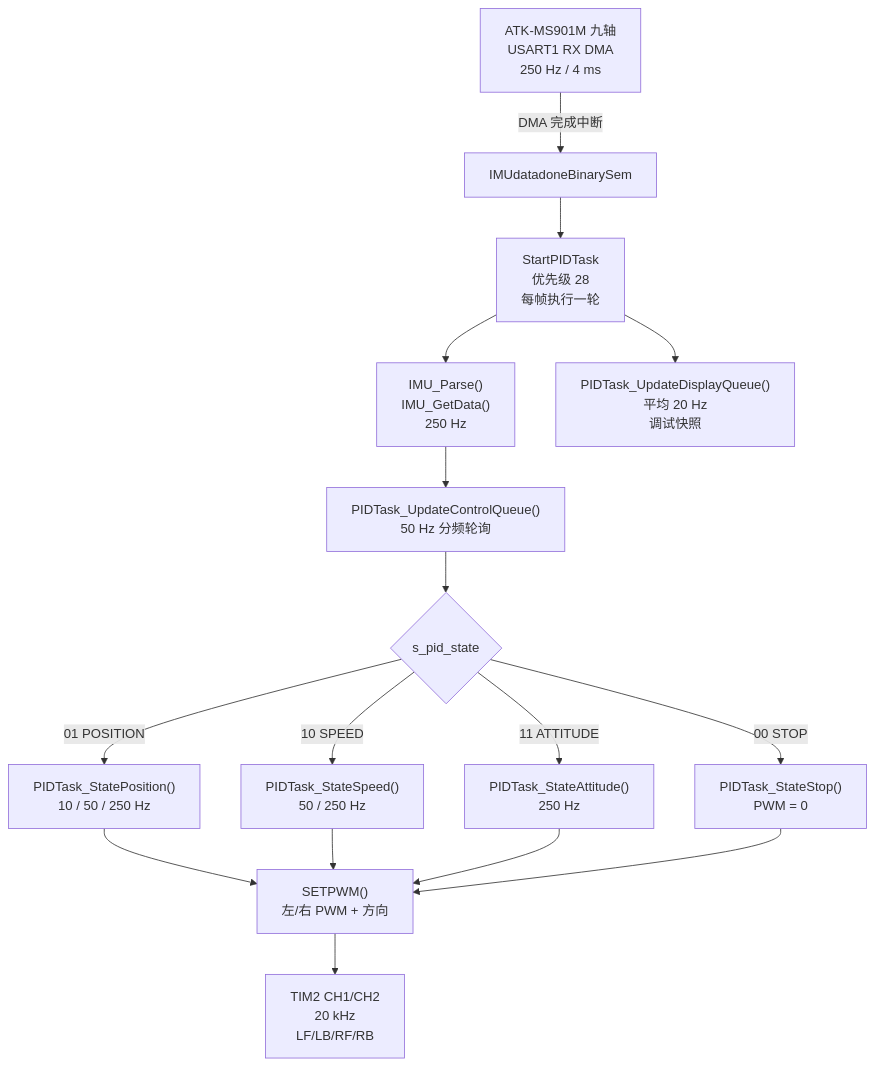
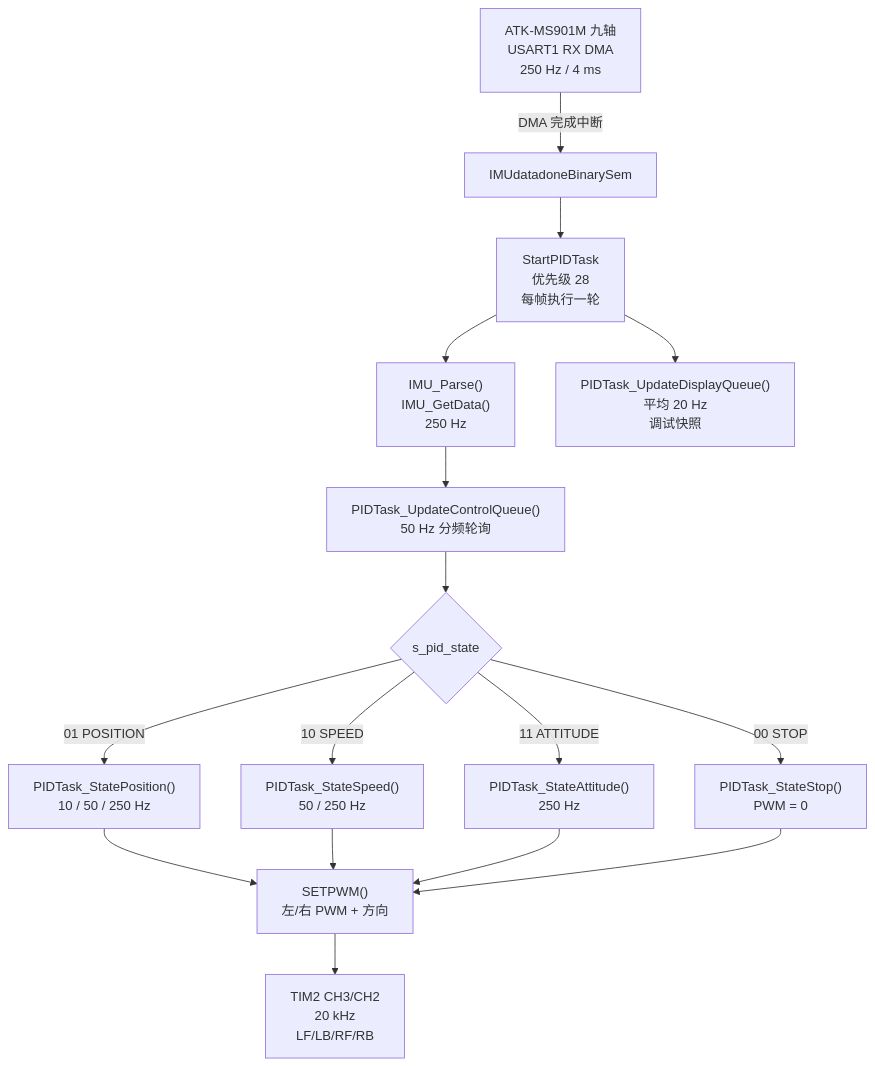
Before and after one commit to zitzengzit-png/CQUelectest2026: the first of 5 diagrams in prj/elet2026/tasks/PID_CONTROL_DIAGRAM.md, drawn with Mermaid. The commit also changed 3 other files, not shown here.

````diff
--- a/prj/elet2026/tasks/PID_CONTROL_DIAGRAM.md
+++ b/prj/elet2026/tasks/PID_CONTROL_DIAGRAM.md
@@ -10,18 +10,18 @@
 ```mermaid
 flowchart TD
     IMU["ATK-MS901M 九轴<br/>USART1 RX DMA<br/>250 Hz / 4 ms"] -->|"DMA 完成中断"| SEM["IMUdatadoneBinarySem"]
     SEM --> PID["StartPIDTask<br/>优先级 28<br/>每帧执行一轮"]
     PID --> PARSE["IMU_Parse()<br/>IMU_GetData()<br/>250 Hz"]
     PARSE --> CQ["PIDTask_UpdateControlQueue()<br/>50 Hz 分频轮询"]
     CQ --> STATE{"s_pid_state"}
     STATE -->|"00 STOP"| STOP["PIDTask_StateStop()<br/>PWM = 0"]
     STATE -->|"01 POSITION"| POS["PIDTask_StatePosition()<br/>10 / 50 / 250 Hz"]
     STATE -->|"10 SPEED"| SPD["PIDTask_StateSpeed()<br/>50 / 250 Hz"]
     STATE -->|"11 ATTITUDE"| ATT["PIDTask_StateAttitude()<br/>250 Hz"]
     POS --> OUT["SETPWM()<br/>左/右 PWM + 方向"]
     SPD --> OUT
     ATT --> OUT
     STOP --> OUT
     PID --> LCD["PIDTask_UpdateDisplayQueue()<br/>平均 20 Hz<br/>调试快照"]
-    OUT --> MOTOR["TIM2 CH1/CH2<br/>20 kHz<br/>LF/LB/RF/RB"]
+    OUT --> MOTOR["TIM2 CH3/CH2<br/>20 kHz<br/>LF/LB/RF/RB"]
 ```
````
